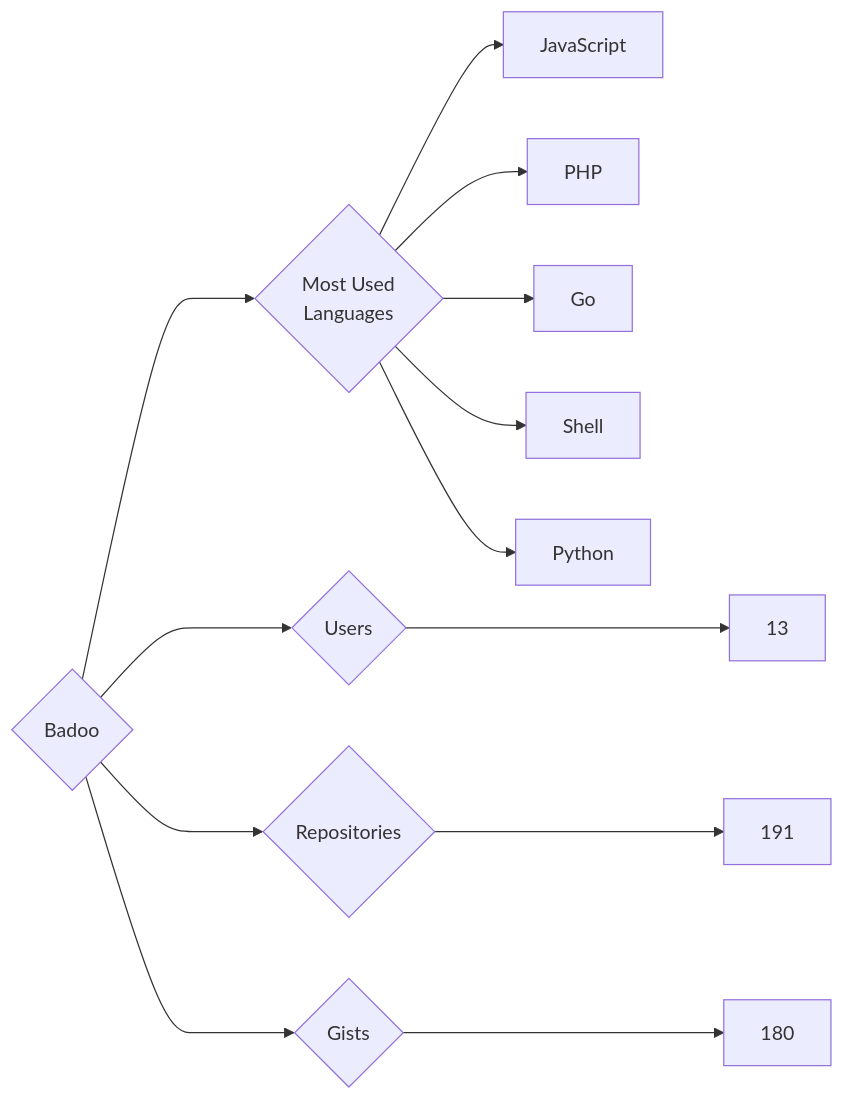
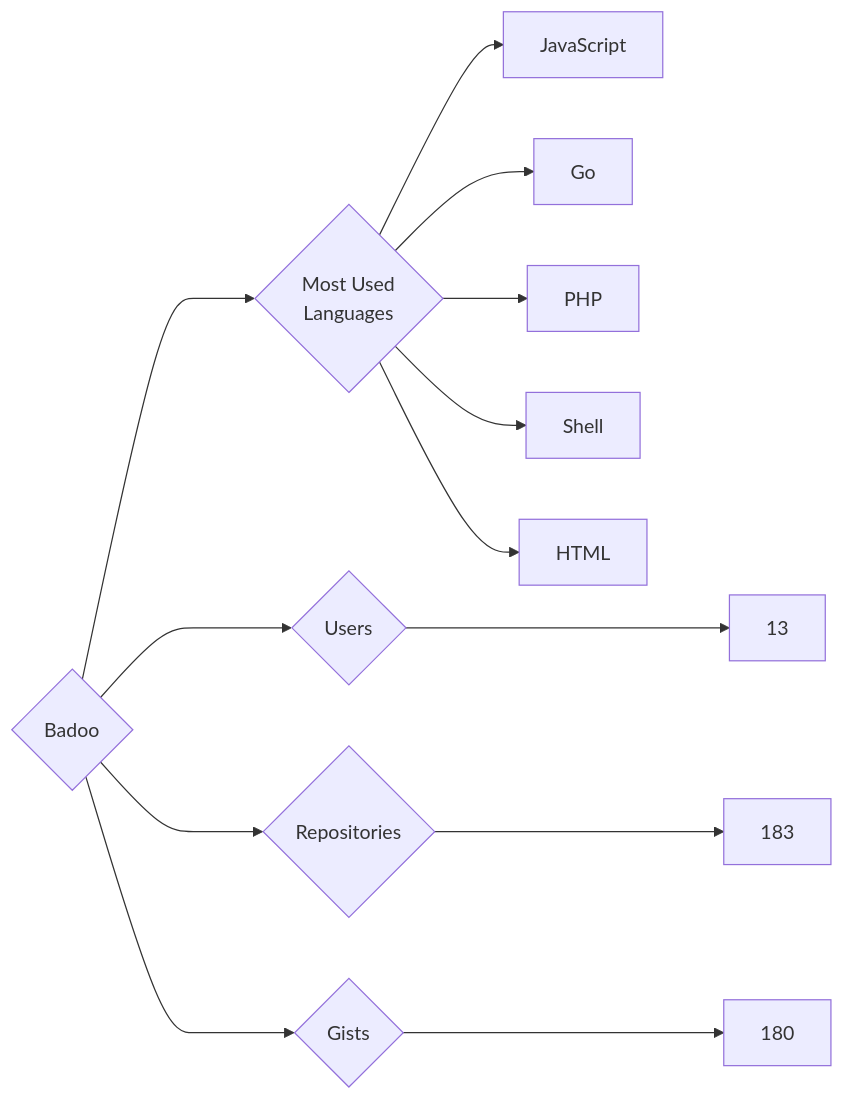
Before and after one commit to trickest/insiders: the diagram in targets/Badoo/README.md, drawn with Mermaid. The commit also changed 895 other files, not shown here.

````diff
--- a/targets/Badoo/README.md
+++ b/targets/Badoo/README.md
@@ -3,13 +3,13 @@
 ```mermaid
 graph LR
 COMPANY_NAME{Badoo}
 COMPANY_NAME ---> U{Users} ---> UN[13]
-COMPANY_NAME ---> R{Repositories} ---> RN[191]
+COMPANY_NAME ---> R{Repositories} ---> RN[183]
 COMPANY_NAME ---> G{Gists} ---> GN[180]
 COMPANY_NAME ---> ML{Most Used<br>Languages}
 ML --> JavaScript[JavaScript]
+ML --> Go[Go]
 ML --> PHP[PHP]
-ML --> Go[Go]
 ML --> Shell[Shell]
-ML --> Python[Python]
+ML --> HTML[HTML]
 ```
````
